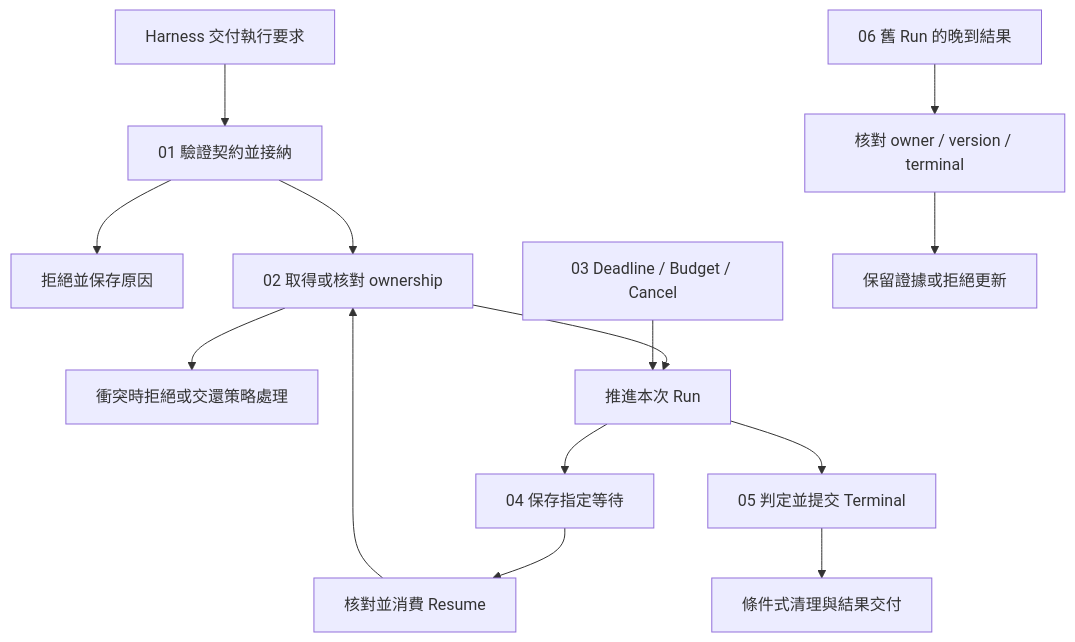
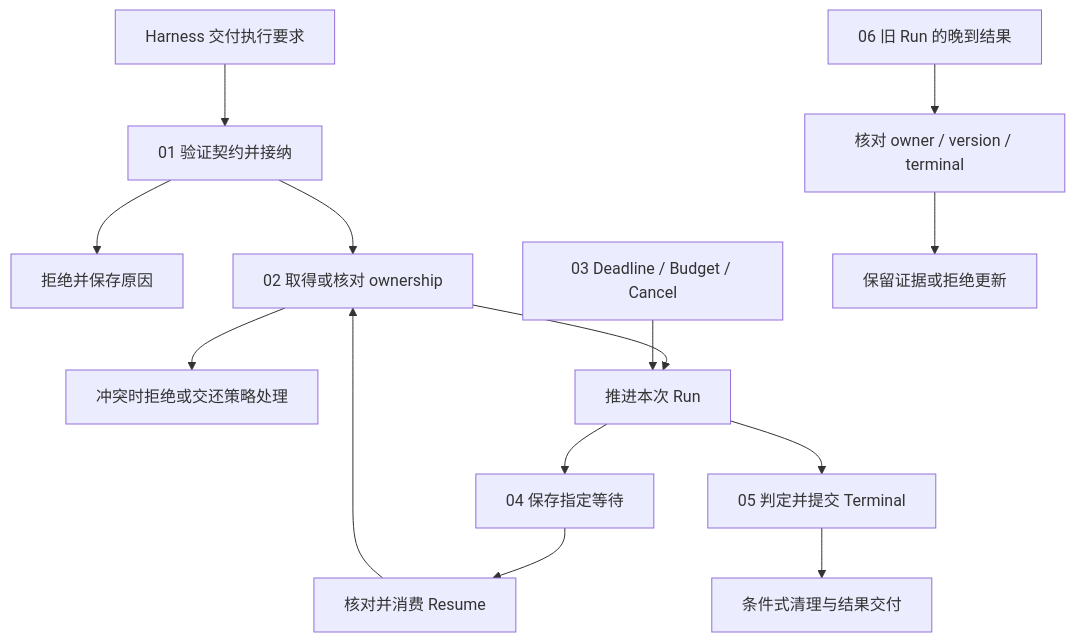
One commit to HsienW/gun-harness-engineering changed the diagram in agent-runtime/execution-lifecycle/README-zh-CN.md. Above: the diagram before and after it, drawn with Mermaid. The commit also changed other lines of this file and 11 other files, not shown here.

First line of the commit message:
docs(runtime-lifecycle): complete the English guide and localize flows

````diff
--- a/agent-runtime/execution-lifecycle/README-zh-CN.md
+++ b/agent-runtime/execution-lifecycle/README-zh-CN.md
@@ -32,16 +32,16 @@
 ```mermaid
 flowchart TD
-    Request[Harness 交付執行要求] --> Admission[01 驗證契約並接納]
-    Admission --> Reject[拒絕並保存原因]
-    Admission --> Owner[02 取得或核對 ownership]
-    Owner --> Stop[衝突時拒絕或交還策略處理]
-    Owner --> Running[推進本次 Run]
+    Request[Harness 交付执行要求] --> Admission[01 验证契约并接纳]
+    Admission --> Reject[拒绝并保存原因]
+    Admission --> Owner[02 取得或核对 ownership]
+    Owner --> Stop[冲突时拒绝或交还策略处理]
+    Owner --> Running[推进本次 Run]
     Limits[03 Deadline / Budget / Cancel] --> Running
     Running --> Wait[04 保存指定等待]
-    Wait --> Resume[核對並消費 Resume]
+    Wait --> Resume[核对并消费 Resume]
     Resume --> Owner
-    Running --> Final[05 判定並提交 Terminal]
-    Final --> Cleanup[條件式清理與結果交付]
-    Old[06 舊 Run 的晚到結果] --> Guard[核對 owner / version / terminal]
-    Guard --> Evidence[保留證據或拒絕更新]
+    Running --> Final[05 判定并提交 Terminal]
+    Final --> Cleanup[条件式清理与结果交付]
+    Old[06 旧 Run 的晚到结果] --> Guard[核对 owner / version / terminal]
+    Guard --> Evidence[保留证据或拒绝更新]
 ```
````
